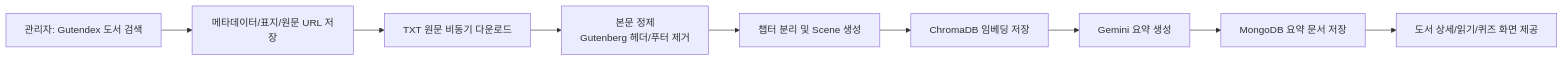
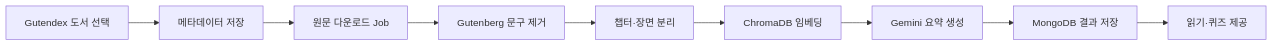
The second of 3 diagrams in README.md (Sungw0o/Booktown-V2), drawn with Mermaid before and after one commit. The commit also changed other lines of this file and 1 other file, not shown here.

````diff
--- a/README.md
+++ b/README.md
@@ -34,11 +47,11 @@
 ```mermaid
 flowchart LR
-    A["관리자: Gutendex 도서 검색"] --> B["메타데이터/표지/원문 URL 저장"]
-    B --> C["TXT 원문 비동기 다운로드"]
-    C --> D["본문 정제<br/>Gutenberg 헤더/푸터 제거"]
-    D --> E["챕터 분리 및 Scene 생성"]
-    E --> F["ChromaDB 임베딩 저장"]
+    A["Gutendex 도서 선택"] --> B["메타데이터 저장"]
+    B --> C["원문 다운로드 Job"]
+    C --> D["Gutenberg 문구 제거"]
+    D --> E["챕터·장면 분리"]
+    E --> F["ChromaDB 임베딩"]
     F --> G["Gemini 요약 생성"]
-    G --> H["MongoDB 요약 문서 저장"]
-    H --> I["도서 상세/읽기/퀴즈 화면 제공"]
+    G --> H["MongoDB 결과 저장"]
+    H --> I["읽기·퀴즈 제공"]
 ```
````
